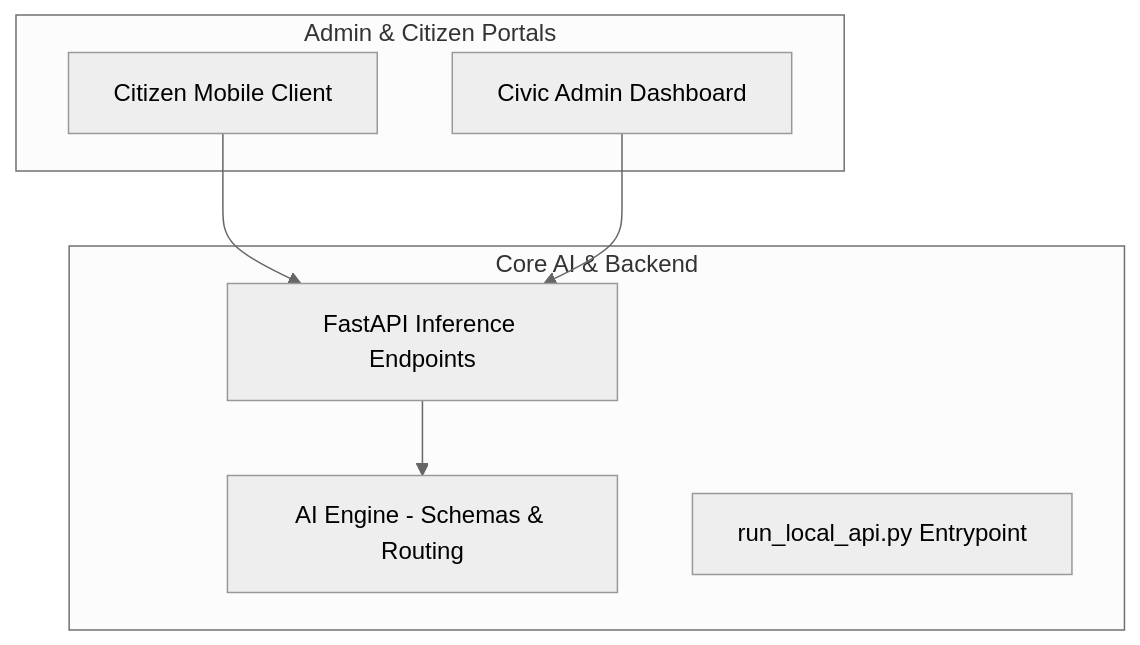
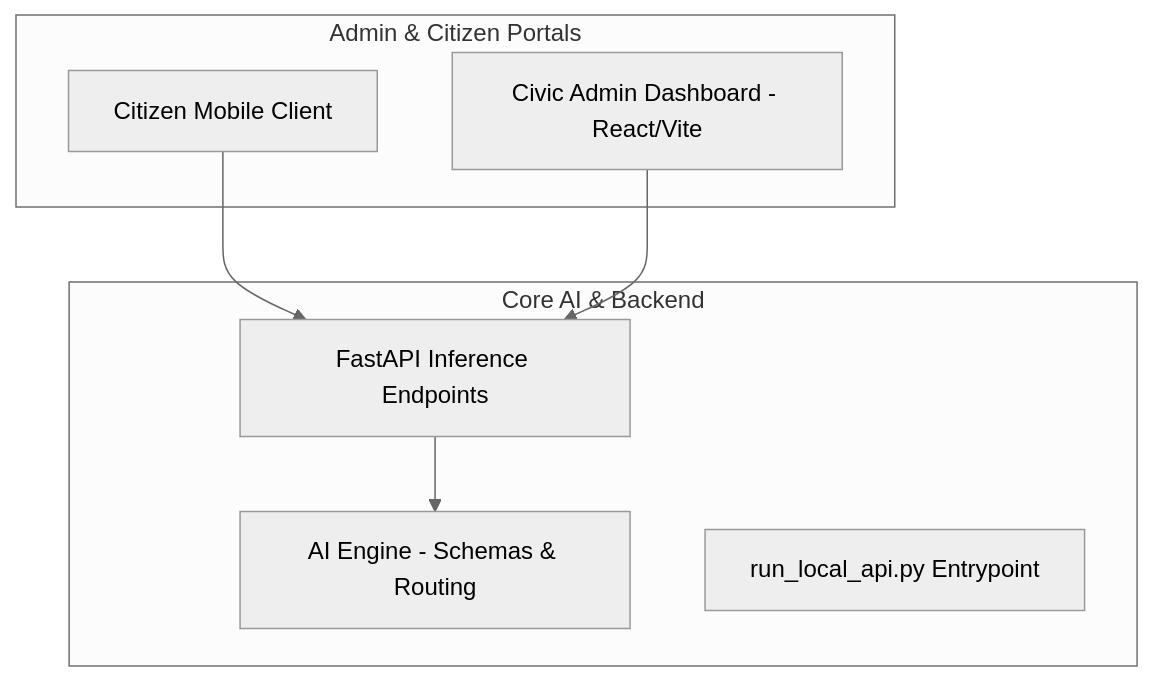
One commit to kuleaniruddha/B2B_altf4 changed the diagram in README.md. Above: the diagram before and after it, drawn with Mermaid (neutral theme). The commit also changed other lines of this file and 30 other files, not shown here.

````diff
--- a/README.md
+++ b/README.md
@@ -14,17 +14,17 @@
 ```mermaid
 graph TD
     subgraph "Core AI & Backend"
         AI[AI Engine - Schemas & Routing]
         API[FastAPI Inference Endpoints]
         Runner[run_local_api.py Entrypoint]
     end
 
     subgraph "Admin & Citizen Portals"
-        Admin[Civic Admin Dashboard]
+        Admin[Civic Admin Dashboard - React/Vite]
         Citizen[Citizen Mobile Client]
     end
 
     Citizen --> API
     API --> AI
     Admin --> API
 ```
````
